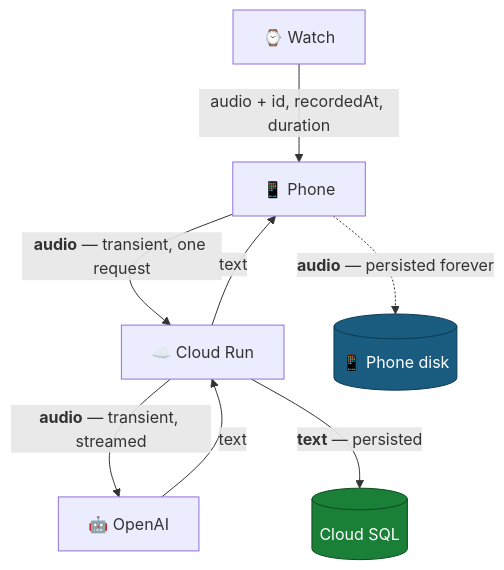
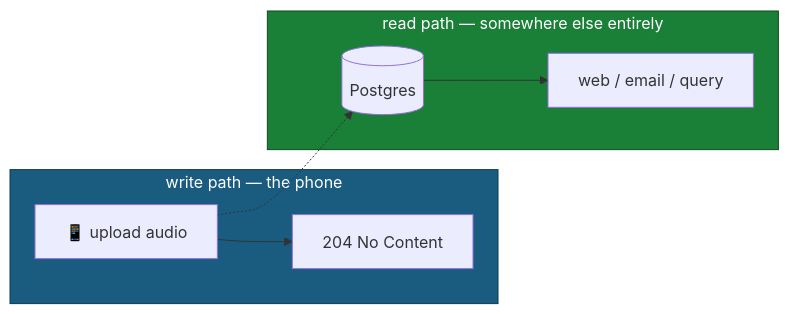
One commit to FrankLong1/watch-recorder changed the second of 7 diagrams in BACKEND_ARCHITECTURE.md. Above: the diagram before and after it, drawn with Mermaid. The commit also changed other lines of this file and 31 other files, not shown here.

````diff
--- a/BACKEND_ARCHITECTURE.md
+++ b/BACKEND_ARCHITECTURE.md
@@ -55,14 +93,13 @@
 ```mermaid
-flowchart TD
-    A["⌚️ Watch"] -->|"audio + id, recordedAt, duration"| B["📱 Phone"]
-    B -->|"<b>audio</b> — transient, one request"| C["☁️ Cloud Run"]
-    C -->|"<b>audio</b> — transient, streamed"| D["🤖 OpenAI"]
-    D -->|"text"| C
-    C -->|"<b>text</b> — persisted"| E[("Cloud SQL")]
-    C -->|"text"| B
+flowchart LR
+    subgraph WRITE["write path — the phone"]
+        P["📱 upload audio"] --> S["204 No Content"]
+    end
+    subgraph READ["read path — somewhere else entirely"]
+        DB[("Postgres")] --> WEB["web / email / query"]
+    end
+    P -.-> DB
 
-    B -.->|"<b>audio</b> — persisted forever"| F[("📱 Phone disk")]
-
-    style F fill:#1a5c7f,stroke:#0d3a52,color:#fff
-    style E fill:#1a7f37,stroke:#0d4a20,color:#fff
+    style WRITE fill:#1a5c7f,stroke:#0d3a52,color:#fff
+    style READ fill:#1a7f37,stroke:#0d4a20,color:#fff
 ```
````
